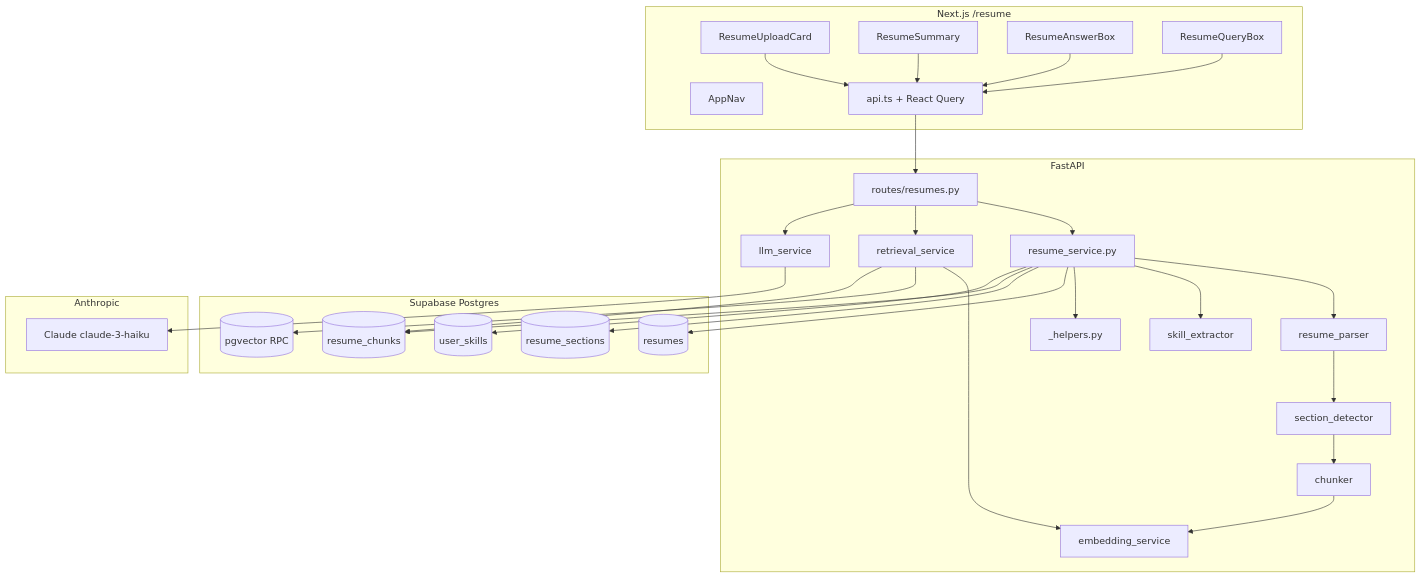
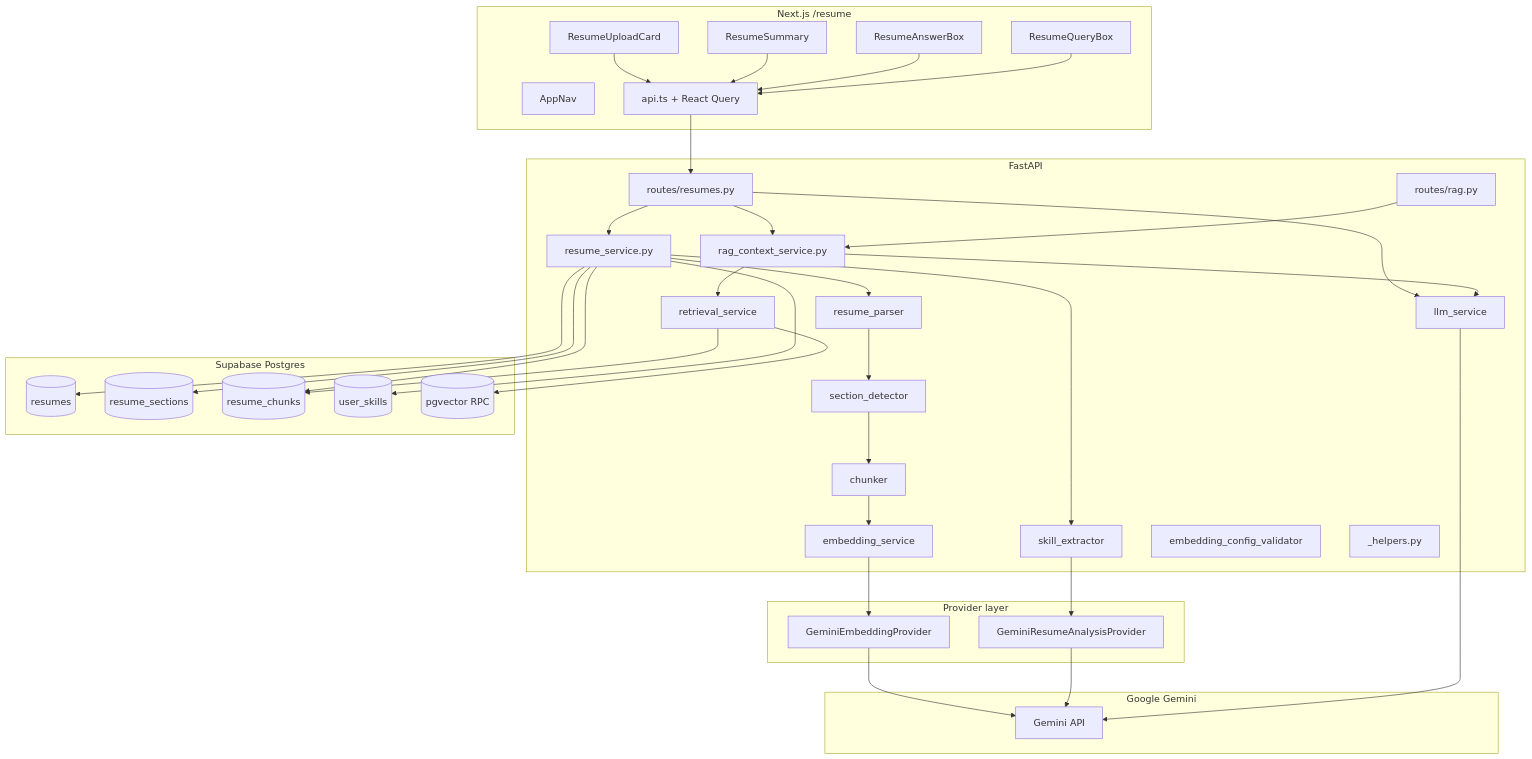
The second of 2 diagrams in Docs/cv-intelligence-implementation.md (A-Piyas-04/CareerPilot), drawn with Mermaid before and after one commit. The commit also changed other lines of this file and 1 other file, not shown here.

Commit message:
docs(cv-intelligence): enhance implementation reference and update architecture details

````diff
--- a/Docs/cv-intelligence-implementation.md
+++ b/Docs/cv-intelligence-implementation.md
@@ -30,49 +152,61 @@
 ```mermaid
 flowchart TB
   subgraph frontend [Next.js /resume]
     NAV[AppNav]
     UP[ResumeUploadCard]
     SUM[ResumeSummary]
     ANS[ResumeAnswerBox]
-    RAG[ResumeQueryBox]
+    RAG_UI[ResumeQueryBox]
     API_FE[api.ts + React Query]
   end
 
   subgraph backend [FastAPI]
     RT[routes/resumes.py]
+    RAG_RT[routes/rag.py]
     RS[resume_service.py]
+    RCS[rag_context_service.py]
     RP[resume_parser]
     SD[section_detector]
     CH[chunker]
     EM[embedding_service]
     SK[skill_extractor]
     RTV[retrieval_service]
     LLM[llm_service]
+    VAL[embedding_config_validator]
     HLP[_helpers.py]
+  end
+
+  subgraph providers [Provider layer]
+    GEM_EMB[GeminiEmbeddingProvider]
+    GEM_ANA[GeminiResumeAnalysisProvider]
   end
 
   subgraph db [Supabase Postgres]
     R[(resumes)]
     SEC[(resume_sections)]
     CHK[(resume_chunks)]
     USK[(user_skills)]
     RPC[(pgvector RPC)]
   end
 
-  subgraph ai [Anthropic]
-    CL[Claude claude-3-haiku]
+  subgraph ai [Google Gemini]
+    GEM_API[Gemini API]
   end
 
   UP --> API_FE --> RT
   SUM --> API_FE
   ANS --> API_FE
-  RAG --> API_FE
+  RAG_UI --> API_FE
   RT --> RS --> RP --> SD --> CH --> EM
   RS --> SK
-  RS --> HLP
-  RT --> RTV --> EM
-  RT --> LLM --> CL
+  RT --> RCS --> RTV
+  RAG_RT --> RCS
+  RT --> LLM
+  RCS --> LLM
+  EM --> GEM_EMB --> GEM_API
+  SK --> GEM_ANA --> GEM_API
+  LLM --> GEM_API
   RTV --> RPC
   RS --> R & SEC & CHK & USK
   RTV --> CHK
 ```
````
